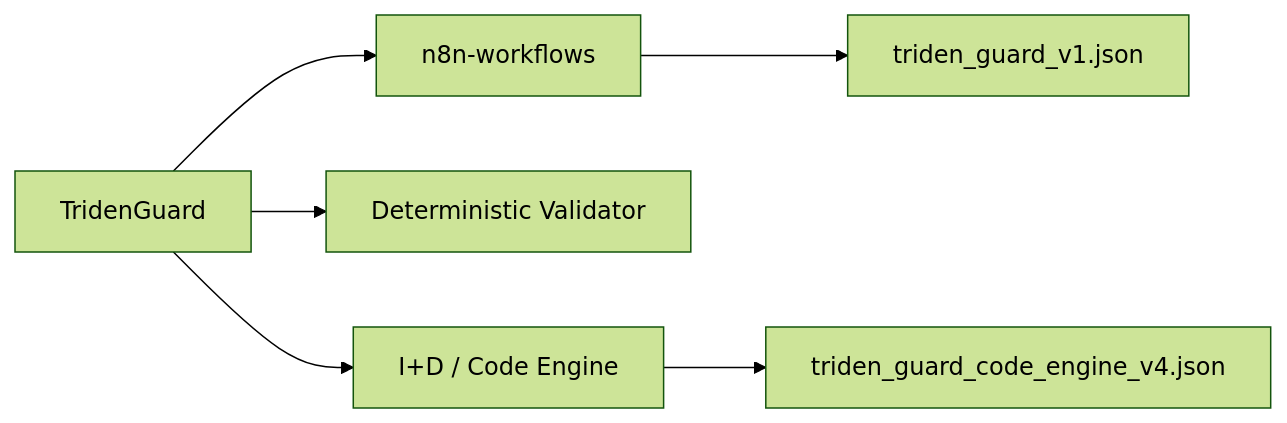
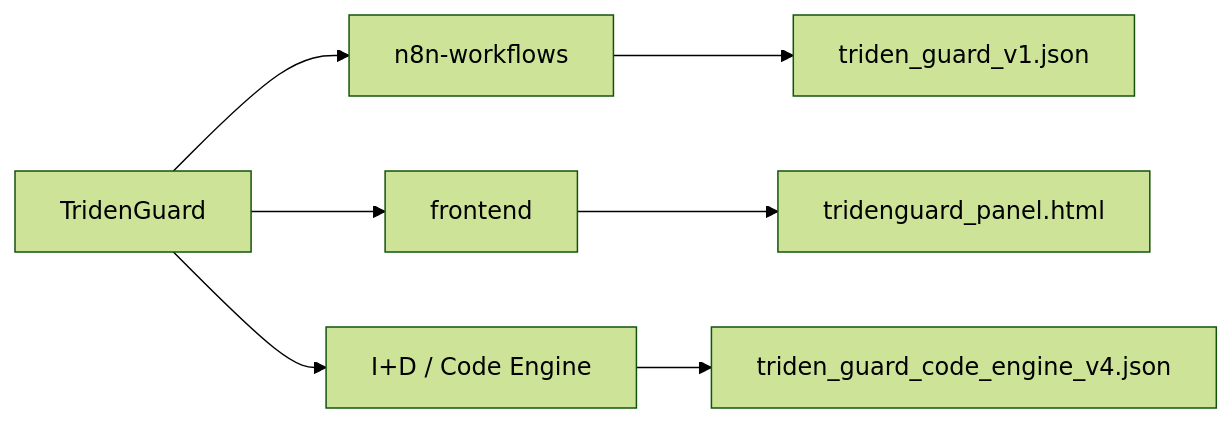
The second of 2 diagrams in README.md (AlexusPacicus/TridenGuard), drawn with Mermaid (forest theme) before and after one commit.

Commit message:
docs: update repository structure diagram in README

````diff
--- a/README.md
+++ b/README.md
@@ -66,10 +66,11 @@
 ```mermaid
 graph LR
     Root[TridenGuard]
     Root --> Workflows[n8n-workflows]
-    Root --> Logic[Deterministic Validator]
+    Root --> UI[frontend]
     Root --> Research[I+D / Code Engine]
     
     Workflows --> W1[triden_guard_v1.json]
+    UI --> U1[tridenguard_panel.html]
     Research --> R1[triden_guard_code_engine_v4.json]
 ```
````
